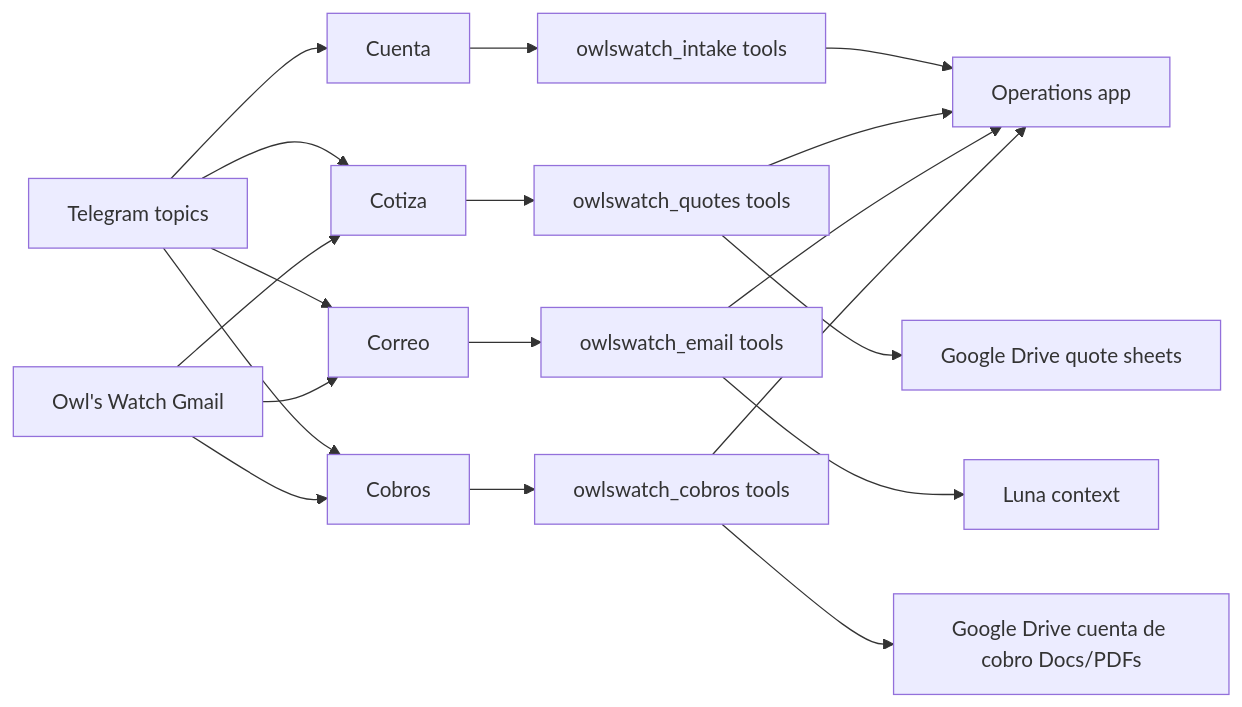
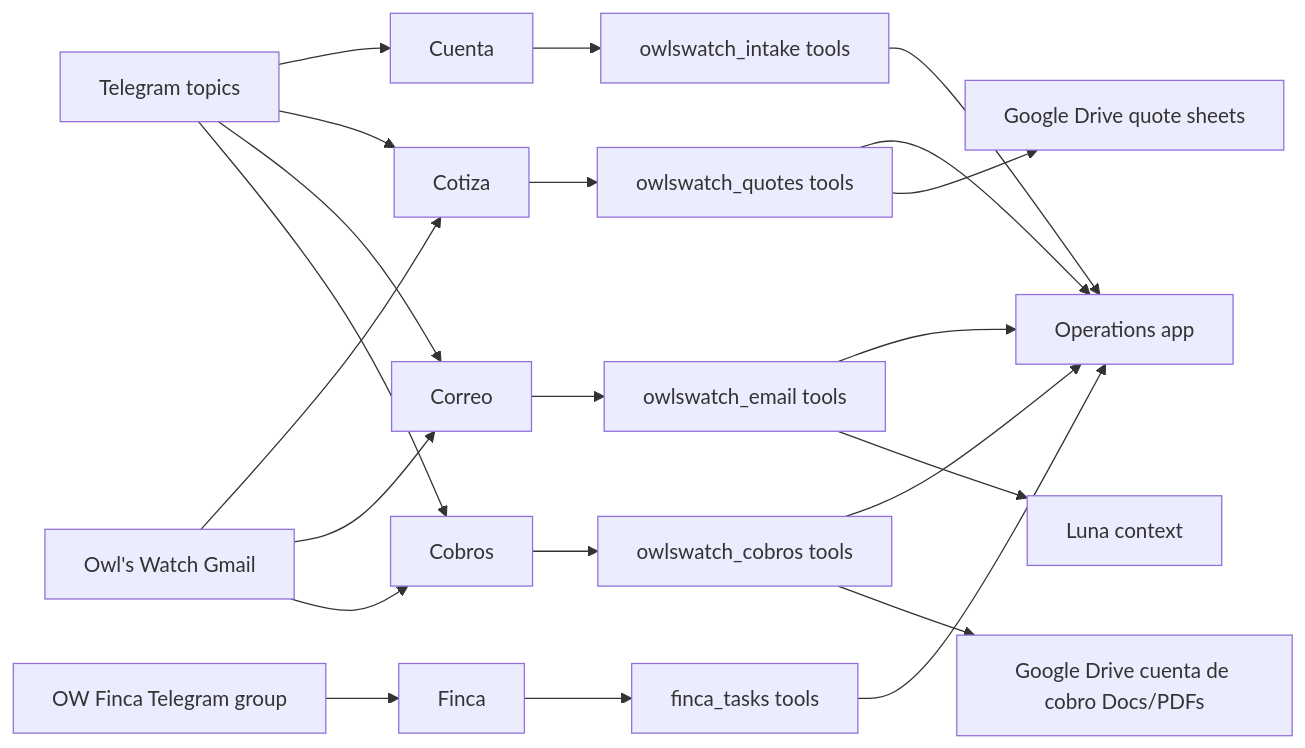
Before and after one commit to steadydee/owagents: the diagram in docs/architecture.md, drawn with Mermaid. The commit also changed other lines of this file and 29 other files, not shown here.

````diff
--- a/docs/architecture.md
+++ b/docs/architecture.md
@@ -5,21 +5,24 @@
 ```mermaid
 flowchart LR
   Telegram["Telegram topics"] --> Cuenta["Cuenta"]
   Telegram --> Cotiza["Cotiza"]
   Telegram --> Correo["Correo"]
   Telegram --> Cobros["Cobros"]
   Gmail["Owl's Watch Gmail"] --> Cotiza
   Gmail --> Correo
   Gmail --> Cobros
   Cuenta --> IntakeTools["owlswatch_intake tools"]
   Cotiza --> QuoteTools["owlswatch_quotes tools"]
   Correo --> EmailTools["owlswatch_email tools"]
   Cobros --> CobrosTools["owlswatch_cobros tools"]
   IntakeTools --> Operations["Operations app"]
   QuoteTools --> Operations
   EmailTools --> Operations
   CobrosTools --> Operations
   EmailTools --> Luna["Luna context"]
   QuoteTools --> Drive["Google Drive quote sheets"]
   CobrosTools --> DriveDocs["Google Drive cuenta de cobro Docs/PDFs"]
+  FincaTelegram["OW Finca Telegram group"] --> Finca["Finca"]
+  Finca --> FincaTools["finca_tasks tools"]
+  FincaTools --> Operations
 ```
````
